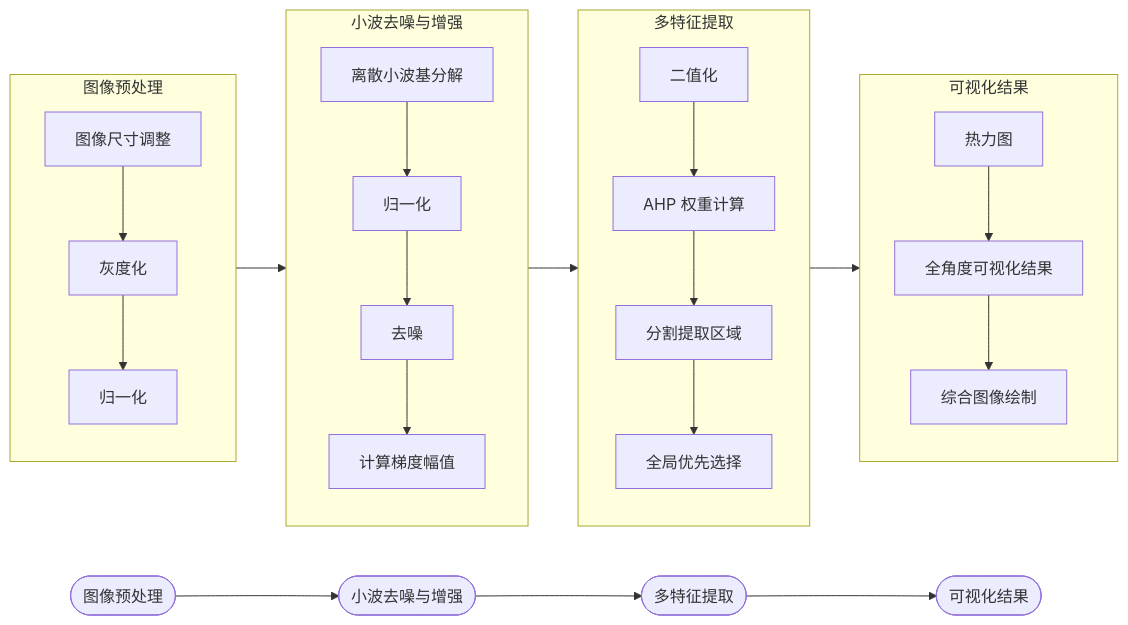
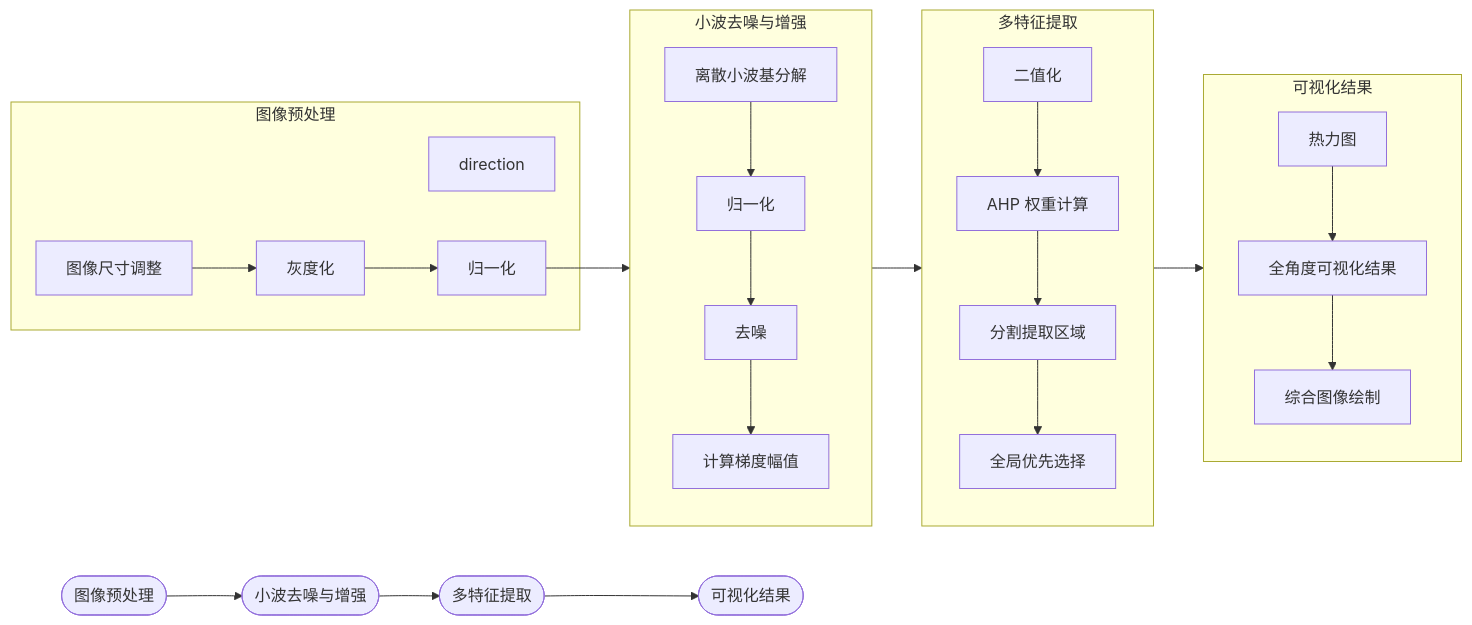
One commit to Linziyang1026/iodraw-files changed the diagram in all/未命名.md. Above: the diagram before and after it, drawn with Mermaid.

Commit message:
2025-05-11 00:12:19 update

````diff
--- a/all/未命名.md
+++ b/all/未命名.md
@@ -1,51 +1,51 @@
 ```mermaid
 flowchart LR
     %% 顶部阶段名称及流程箭头
     T1([图像预处理]) --> T2([小波去噪与增强])
     T2 --> T3([多特征提取])
     T3 --> T4([可视化结果])
 
     %% 图像预处理模块（纵向排列）
     subgraph 图像预处理
-        direction TB
+        direction 
         A1[图像尺寸调整]
         A2[灰度化]
         A3[归一化]
         A1 --> A2 --> A3
     end
 
     %% 小波去噪与增强模块（纵向排列）
     subgraph 小波去噪与增强
         direction TB
         B1[离散小波基分解]
         B2[归一化]
         B3[去噪]
         B4[计算梯度幅值]
         B1 --> B2 --> B3 --> B4
     end
 
     %% 多特征提取模块（纵向排列）
     subgraph 多特征提取
         direction TB
         C1[二值化]
         C2[AHP 权重计算]
         C3[分割提取区域]
         C4[全局优先选择]
         C1 --> C2 --> C3 --> C4
     end
 
     %% 可视化结果模块（纵向排列）
     subgraph 可视化结果
         direction TB
         D1[热力图]
         D2[全角度可视化结果]
         D3[综合图像绘制]
         D1 --> D2 --> D3
     end
 
     %% 模块间的流程连接
     A3 --> B1
     B4 --> C1
     C4 --> D1
 
 ```
````
